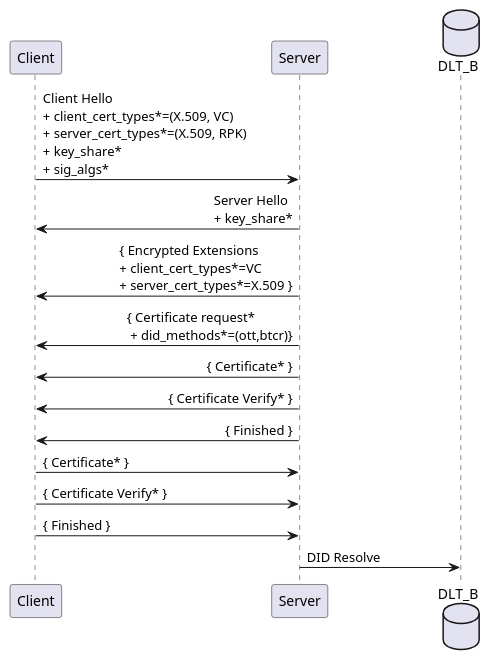
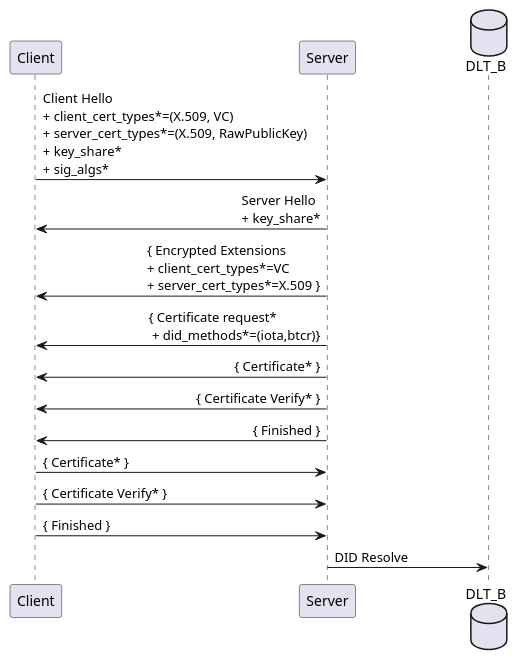
Before and after one commit to thomas-fossati/draft-vesco-vcauthtls: the fourth of 5 diagrams in draft-vesco-vcauthtls.md, drawn with PlantUML. The commit also changed other lines of this file, not shown here.

```diff
--- a/draft-vesco-vcauthtls.md
+++ b/draft-vesco-vcauthtls.md
@@ -262,21 +260,21 @@
 ~~~plantuml
 @startuml
 participant Client order 2
 participant Server order 3
 database DLT_B order 4
 skinparam sequenceMessageAlign direction
 skinparam ParticipantPadding 100
 
-Client -> Server : Client Hello \n+ client_cert_types*=(X.509, VC) \n+ server_cert_types*=(X.509, RPK) \n+ key_share* \n+ sig_algs*
+Client -> Server : Client Hello \n+ client_cert_types*=(X.509, VC) \n+ server_cert_types*=(X.509, RawPublicKey) \n+ key_share* \n+ sig_algs*
 Server -> Client : Server Hello \n+ key_share*
 Server -> Client : { Encrypted Extensions \n+ client_cert_types*=VC \n+ server_cert_types*=X.509 }
-Server -> Client : { Certificate request* \n + did_methods*=(ott,btcr)}
+Server -> Client : { Certificate request* \n + did_methods*=(iota,btcr)}
 Server -> Client : { Certificate* }
 Server -> Client : { Certificate Verify* }
 Server -> Client : { Finished }
 Client -> Server : { Certificate* }
 Client -> Server : { Certificate Verify* }
 Client -> Server : { Finished }
 Server -> DLT_B : DID Resolve
 @enduml
 ~~~
```
